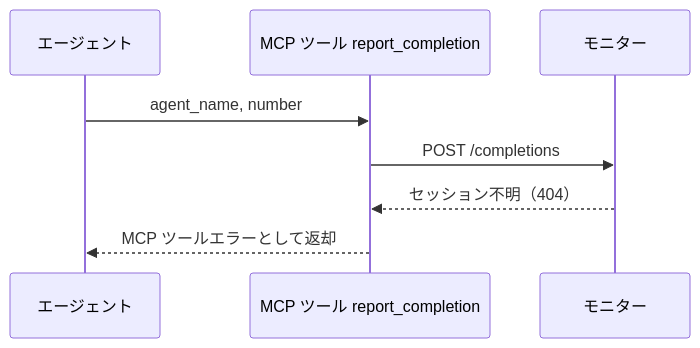
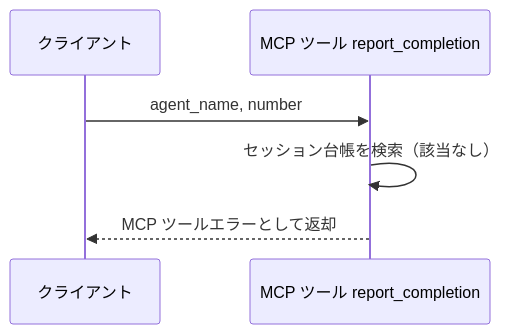
The second of 3 diagrams in docs/wiki/設計図/バックエンド結合/作業完了報告.py.md (shuhei1101/ai-monitor), drawn with Mermaid before and after one commit. The commit also changed other lines of this file and 67 other files, not shown here.

````diff
--- a/docs/wiki/設計図/バックエンド結合/作業完了報告.py.md
+++ b/docs/wiki/設計図/バックエンド結合/作業完了報告.py.md
@@ -120,11 +111,9 @@
 ```mermaid
 sequenceDiagram
-  participant A as エージェント
-  participant T as MCP ツール report_completion
-  participant MON as モニター
+  participant C as クライアント
+  participant IF as MCP ツール report_completion
 
-  A->>T: agent_name, number
-  T->>MON: POST /completions
-  MON-->>T: セッション不明（404）
-  T-->>A: MCP ツールエラーとして返却
+  C->>IF: agent_name, number
+  IF->>IF: セッション台帳を検索（該当なし）
+  IF-->>C: MCP ツールエラーとして返却
 ```
````
